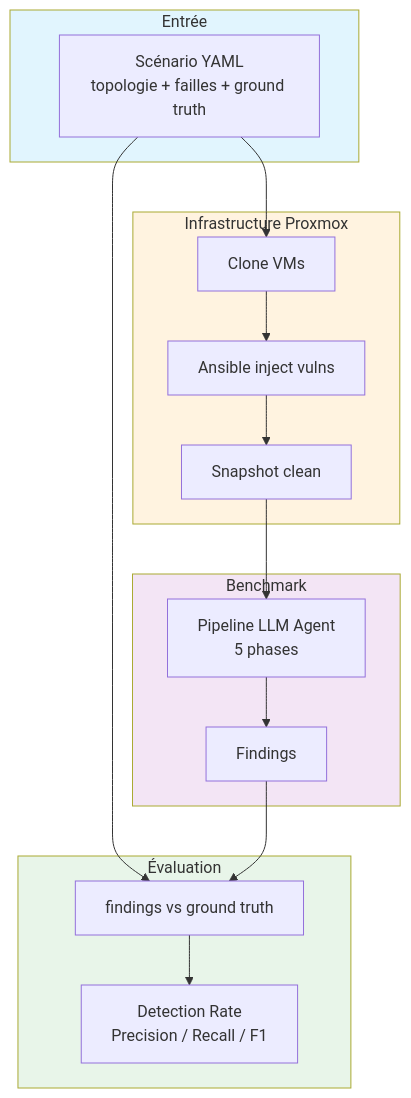
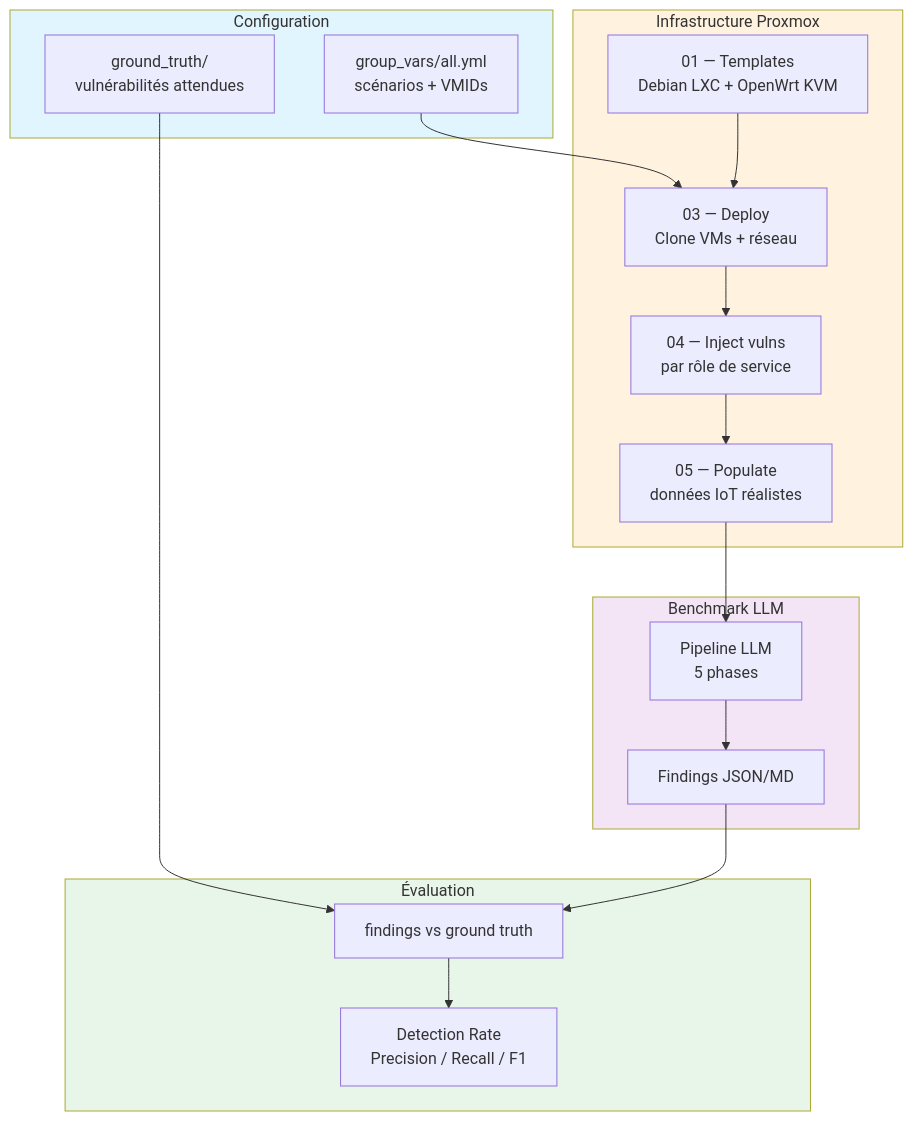
The diagram in benchmarks/README.md (Tanguyvans/LANCE), drawn with Mermaid before and after one commit. The commit also changed other lines of this file and 20 other files, not shown here.

````diff
--- a/benchmarks/README.md
+++ b/benchmarks/README.md
@@ -7,28 +7,34 @@
 ```mermaid
 graph TB
-    subgraph Input["Entrée"]
-        SCENARIO[Scénario YAML<br/>topologie + failles + ground truth]
+    subgraph Config["Configuration"]
+        GV[group_vars/all.yml<br/>scénarios + VMIDs]
+        GT[ground_truth/<br/>vulnérabilités attendues]
     end
 
     subgraph Infra["Infrastructure Proxmox"]
-        CLONE[Clone VMs] --> ANSIBLE[Ansible inject vulns] --> SNAPSHOT[Snapshot clean]
+        TPL[01 — Templates<br/>Debian LXC + OpenWrt KVM]
+        DEPLOY[03 — Deploy<br/>Clone VMs + réseau]
+        INJECT[04 — Inject vulns<br/>par rôle de service]
+        POPULATE[05 — Populate<br/>données IoT réalistes]
     end
 
-    subgraph Run["Benchmark"]
-        LLM[Pipeline LLM Agent<br/>5 phases] --> FINDINGS[Findings]
+    subgraph Run["Benchmark LLM"]
+        AGENT[Pipeline LLM<br/>5 phases]
+        FINDINGS[Findings JSON/MD]
     end
 
     subgraph Eval["Évaluation"]
-        COMPARE[findings vs ground truth] --> METRICS[Detection Rate<br/>Precision / Recall / F1]
+        COMPARE[findings vs ground truth]
+        METRICS[Detection Rate<br/>Precision / Recall / F1]
     end
 
-    SCENARIO --> CLONE
-    SCENARIO --> COMPARE
-    SNAPSHOT --> LLM
-    FINDINGS --> COMPARE
+    GV --> DEPLOY
+    GT --> COMPARE
+    TPL --> DEPLOY --> INJECT --> POPULATE
+    POPULATE --> AGENT --> FINDINGS --> COMPARE --> METRICS
 
-    style Input fill:#e1f5fe
+    style Config fill:#e1f5fe
     style Infra fill:#fff3e0
     style Run fill:#f3e5f5
     style Eval fill:#e8f5e9
 ```
````
